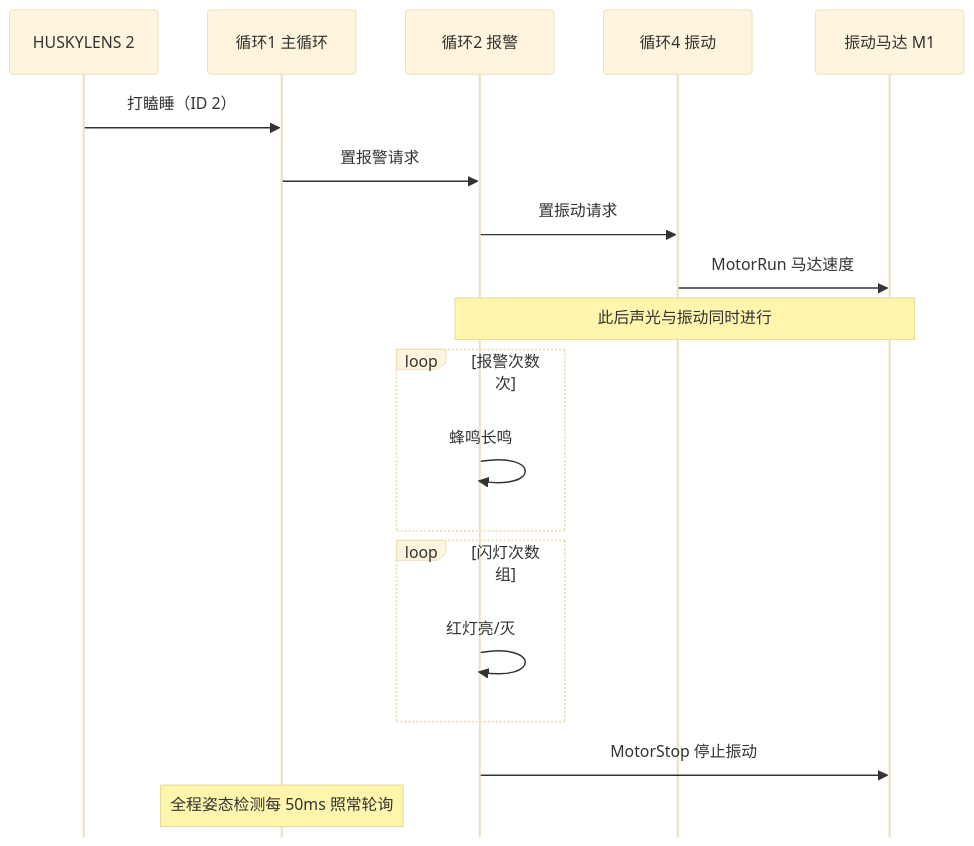
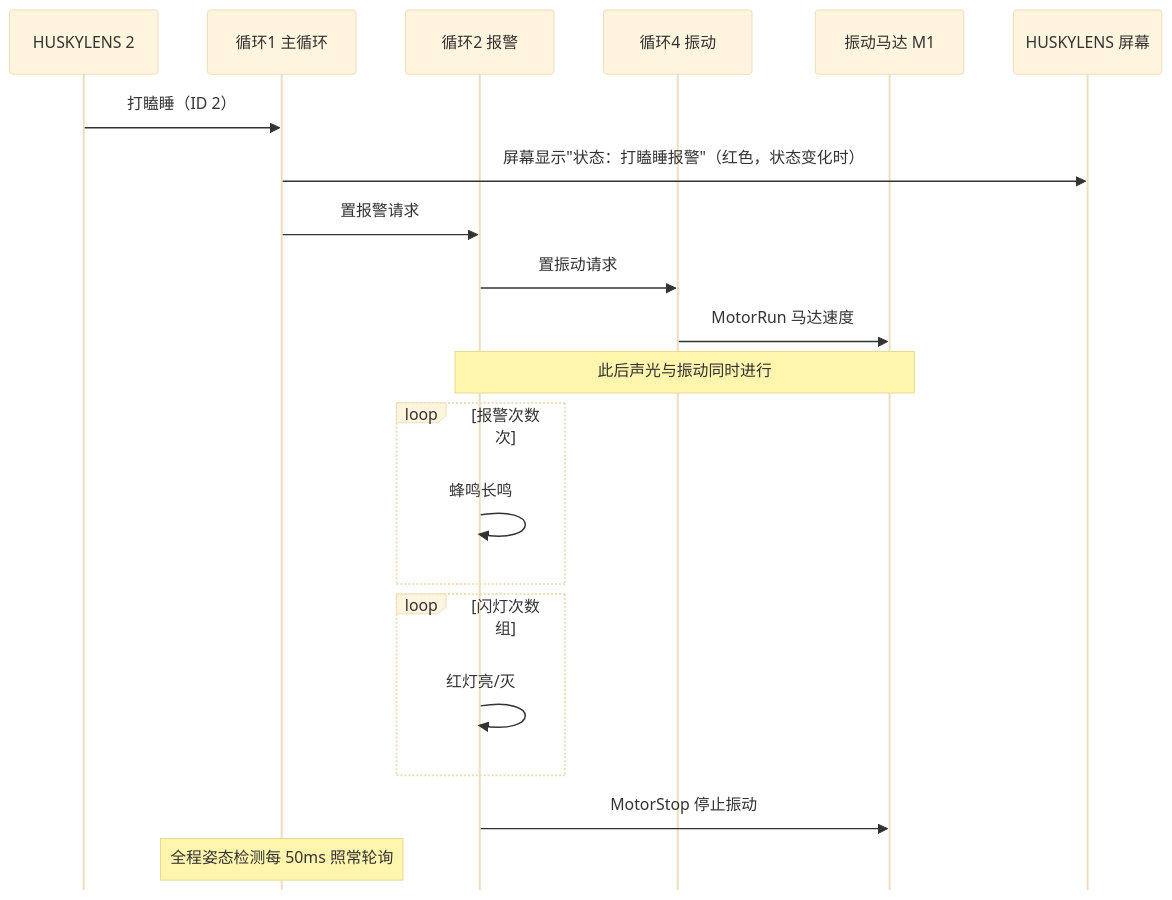
Before and after one commit to Gsjsjzhznsz/driver: the third of 3 diagrams in README.md, drawn with Mermaid. The commit also changed other lines of this file and 2 other files, not shown here.

````diff
--- a/README.md
+++ b/README.md
@@ -138,22 +155,24 @@
 ```mermaid
 %%{init: {"theme":"base","themeVariables":{"fontSize":"15px"},"sequence":{"mirrorActors":false,"messageAlign":"center"}}}%%
 sequenceDiagram
     participant H as HUSKYLENS 2
     participant M as 循环1 主循环
     participant A as 循环2 报警
     participant V as 循环4 振动
     participant E as 振动马达 M1
+    participant S as HUSKYLENS 屏幕
     H->>M: 打瞌睡（ID 2）
+    M->>S: 屏幕显示"状态：打瞌睡报警"（红色，状态变化时）
     M->>A: 置报警请求
     A->>V: 置振动请求
     V->>E: MotorRun 马达速度
     Note over A,E: 此后声光与振动同时进行
     loop 报警次数 次
         A->>A: 蜂鸣长鸣
     end
     loop 闪灯次数 组
         A->>A: 红灯亮/灭
     end
     A->>E: MotorStop 停止振动
     Note over M: 全程姿态检测每 50ms 照常轮询
 ```
````
